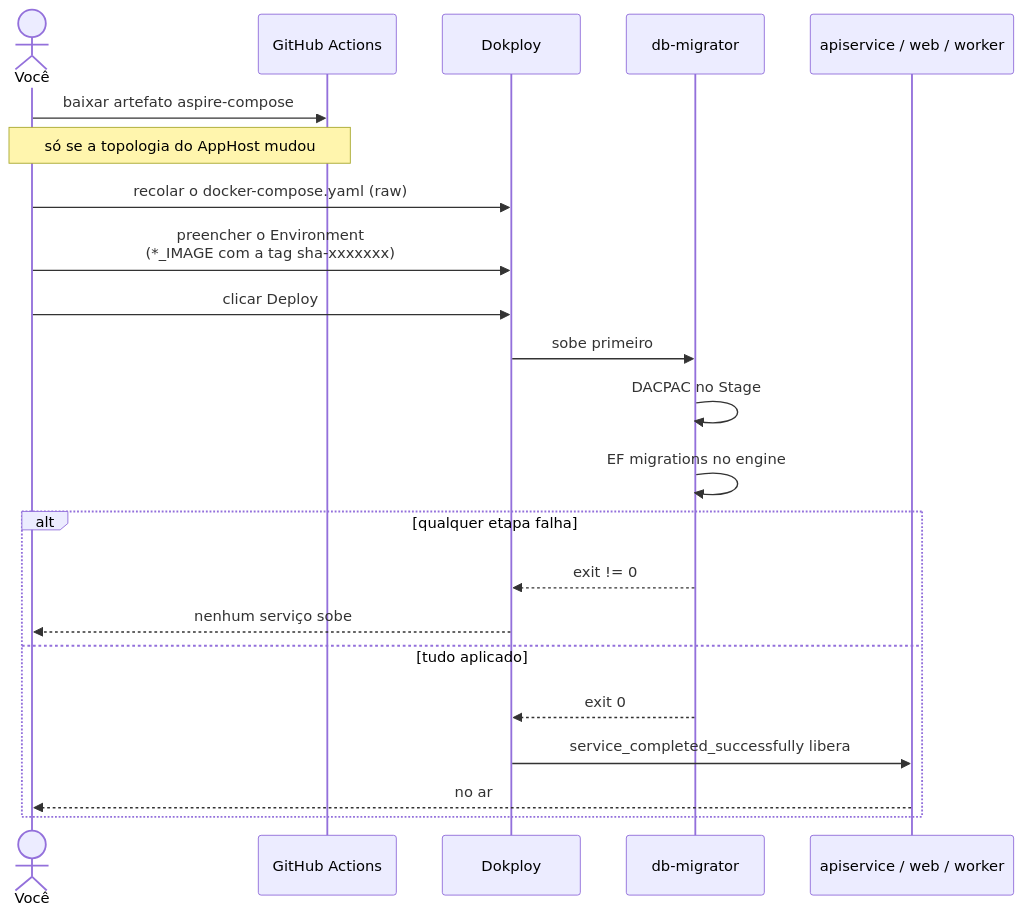
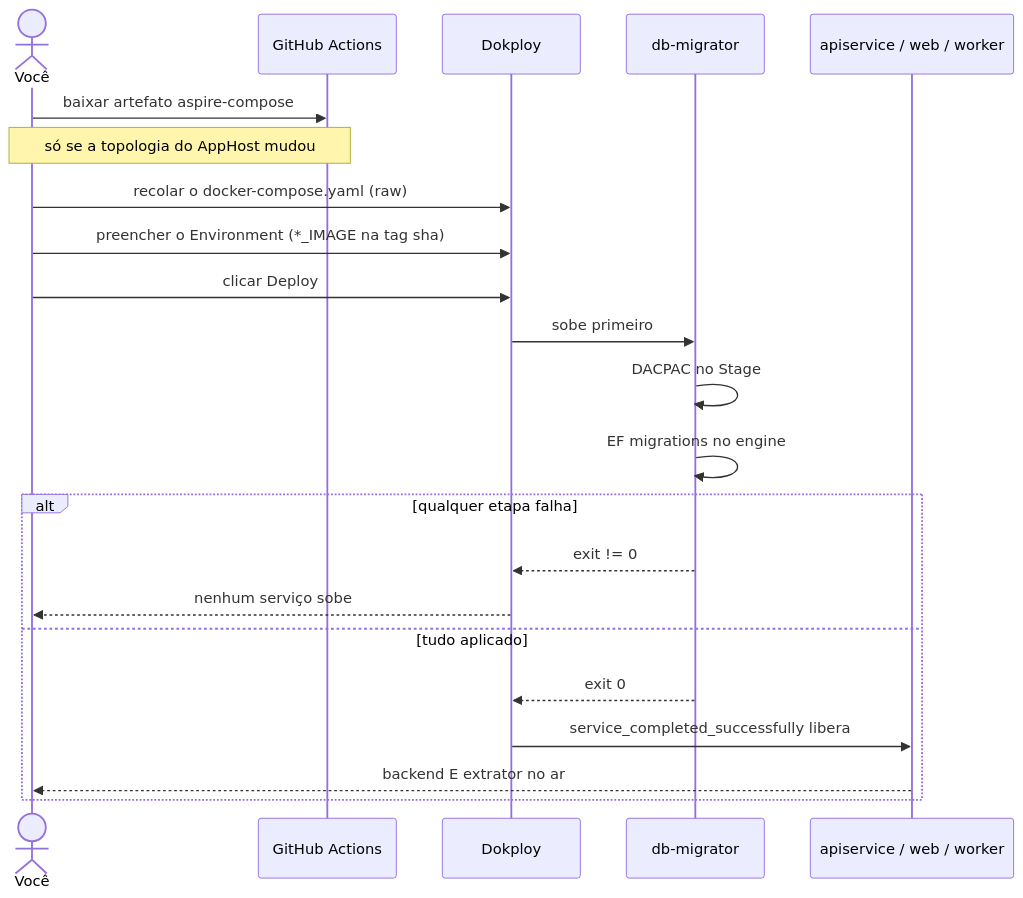
One commit to procfit/MLDemandForcastPOC changed the eighth of 11 diagrams in Docs/fluxo-de-entrega.md. Above: the diagram before and after it, drawn with Mermaid. The commit also changed other lines of this file and 3 other files, not shown here.

````diff
--- a/Docs/fluxo-de-entrega.md
+++ b/Docs/fluxo-de-entrega.md
@@ -216,25 +219,25 @@
 ```mermaid
 sequenceDiagram
     actor Você
     participant GH as GitHub Actions
     participant DK as Dokploy
     participant MIG as db-migrator
     participant SVC as apiservice / web / worker
 
     Você->>GH: baixar artefato aspire-compose
     Note over Você,GH: só se a topologia do AppHost mudou
     Você->>DK: recolar o docker-compose.yaml (raw)
-    Você->>DK: preencher o Environment<br/>(*_IMAGE com a tag sha-xxxxxxx)
+    Você->>DK: preencher o Environment (*_IMAGE na tag sha)
     Você->>DK: clicar Deploy
     DK->>MIG: sobe primeiro
     MIG->>MIG: DACPAC no Stage
     MIG->>MIG: EF migrations no engine
     alt qualquer etapa falha
         MIG-->>DK: exit != 0
         DK-->>Você: nenhum serviço sobe
     else tudo aplicado
         MIG-->>DK: exit 0
         DK->>SVC: service_completed_successfully libera
-        SVC-->>Você: no ar
+        SVC-->>Você: backend E extrator no ar
     end
 ```
````
